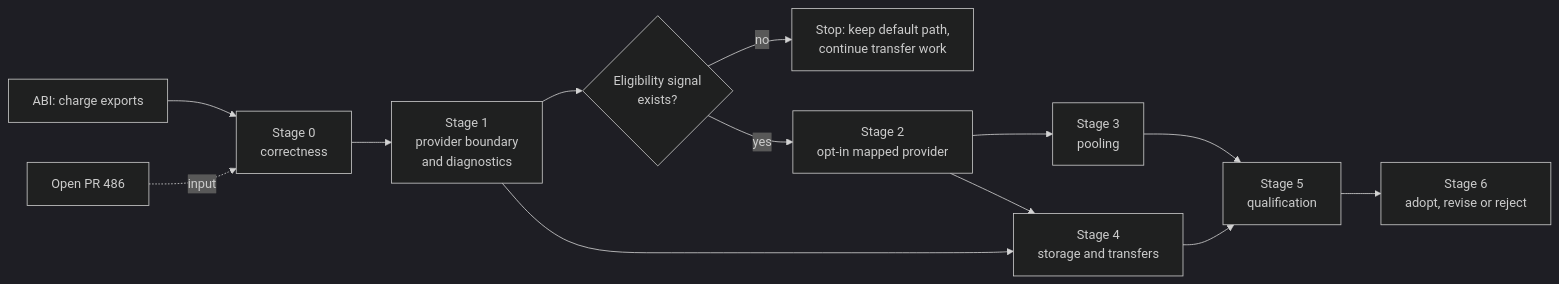
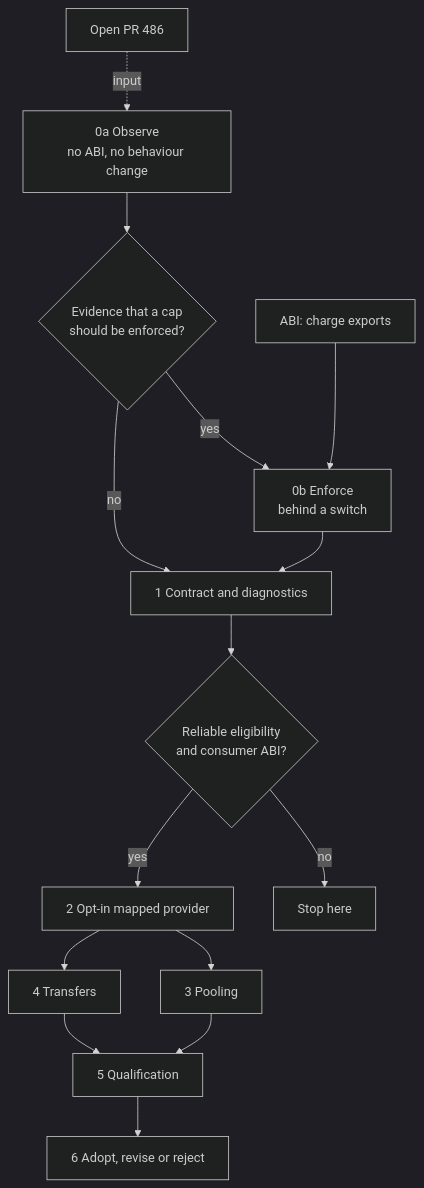
One commit to MacosPorters/betterxen changed the diagram in docs/architecture/proposals/001-unified-memory/migration-proposal.md. Above: the diagram before and after it, drawn with Mermaid (dark theme). The commit also changed other lines of this file and 15 other files, not shown here.

First line of the commit message:
docs: correct and tighten the memory architecture draft (#473)

````diff
--- a/docs/architecture/proposals/001-unified-memory/migration-proposal.md
+++ b/docs/architecture/proposals/001-unified-memory/migration-proposal.md
@@ -7,15 +7,17 @@
 ```mermaid
-flowchart LR
-  ABI[ABI: charge exports] --> S0
-  S0[Stage 0<br/>correctness] --> S1[Stage 1<br/>provider boundary<br/>and diagnostics]
-  S1 --> D1{Eligibility signal<br/>exists?}
-  D1 -->|no| STOP[Stop: keep default path,<br/>continue transfer work]
-  D1 -->|yes| S2[Stage 2<br/>opt-in mapped provider]
-  S2 --> S3[Stage 3<br/>pooling]
-  S2 --> S4[Stage 4<br/>storage and transfers]
-  S1 --> S4
-  S3 --> S5[Stage 5<br/>qualification]
+flowchart TB
+  S0A["0a Observe<br/>no ABI, no behaviour change"] --> G{Evidence that a cap<br/>should be enforced?}
+  ABI[ABI: charge exports] --> S0B
+  G -->|yes| S0B["0b Enforce<br/>behind a switch"]
+  G -->|no| S1
+  S0B --> S1["1 Contract and diagnostics"]
+  S1 --> D1{Reliable eligibility<br/>and consumer ABI?}
+  D1 -->|no| STOP[Stop here]
+  D1 -->|yes| S2["2 Opt-in mapped provider"]
+  S2 --> S3["3 Pooling"]
+  S2 --> S4["4 Transfers"]
+  S3 --> S5["5 Qualification"]
   S4 --> S5
-  S5 --> S6[Stage 6<br/>adopt, revise or reject]
-  W["Open PR 486"] -.input.-> S0
+  S5 --> S6["6 Adopt, revise or reject"]
+  W["Open PR 486"] -.input.-> S0A
 ```
````
